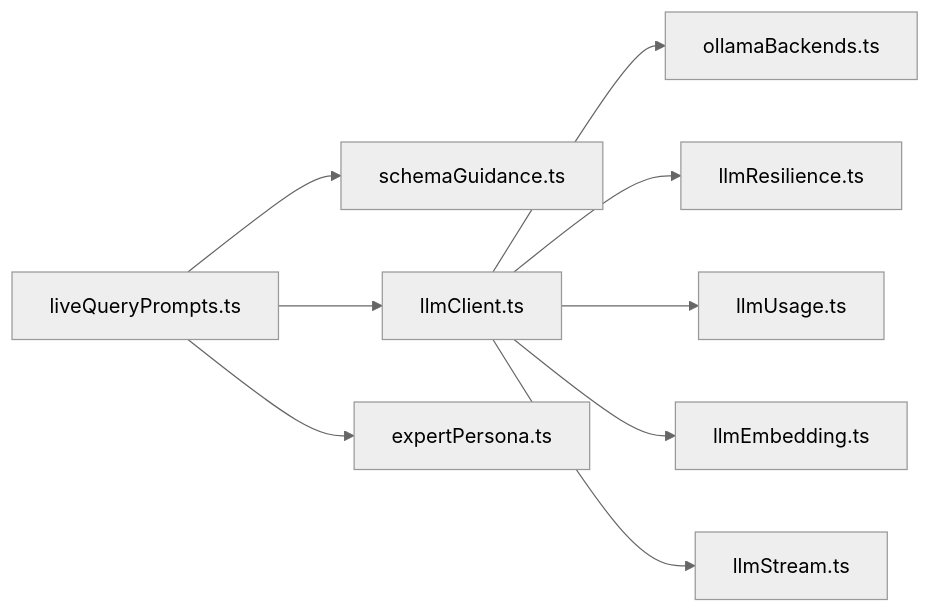
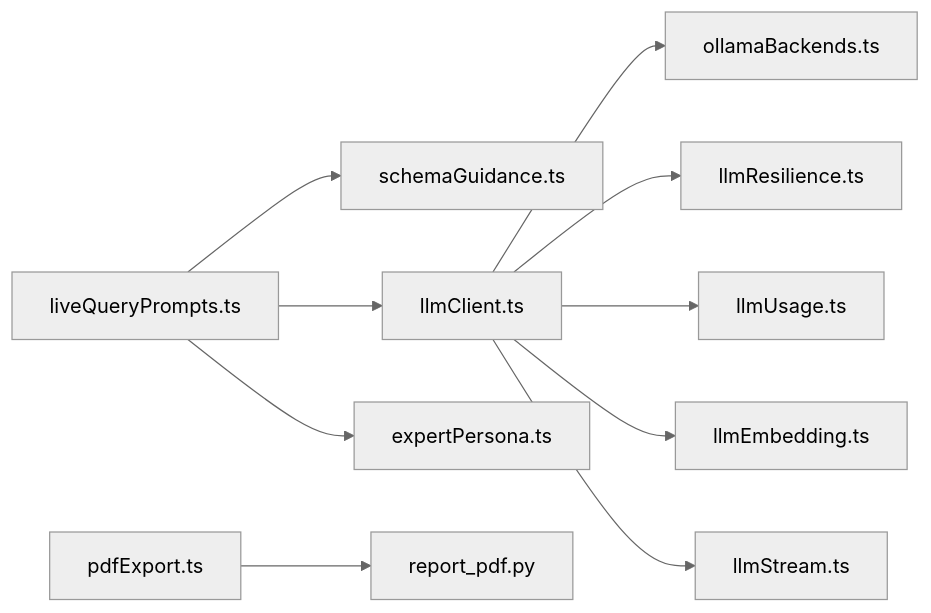
The sixth of 6 diagrams in .qoder/repowiki/zh/content/AI与LLM集成/AI与LLM集成.md (dgjin/smart-data-analytics), drawn with Mermaid (neutral theme) before and after one commit. The commit also changed other lines of this file and 100 other files, not shown here.

````diff
--- a/.qoder/repowiki/zh/content/AI与LLM集成/AI与LLM集成.md
+++ b/.qoder/repowiki/zh/content/AI与LLM集成/AI与LLM集成.md
@@ -322,11 +316,12 @@
 ```mermaid
 graph LR
 LQP["liveQueryPrompts.ts"] --> SG["schemaGuidance.ts"]
 LQP --> LC["llmClient.ts"]
 LC --> OB["ollamaBackends.ts"]
 LC --> LR["llmResilience.ts"]
 LC --> LU["llmUsage.ts"]
 LC --> LE["llmEmbedding.ts"]
 LC --> LS["llmStream.ts"]
 LQP --> EP["expertPersona.ts"]
+PE["pdfExport.ts"] --> RP["report_pdf.py"]
 ```
````
